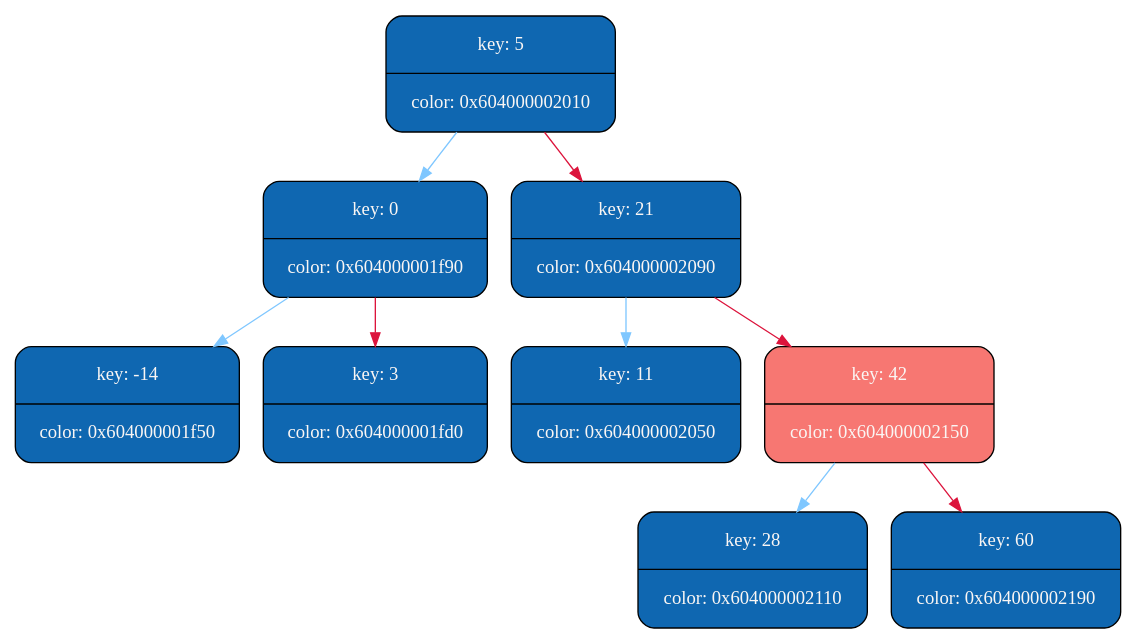
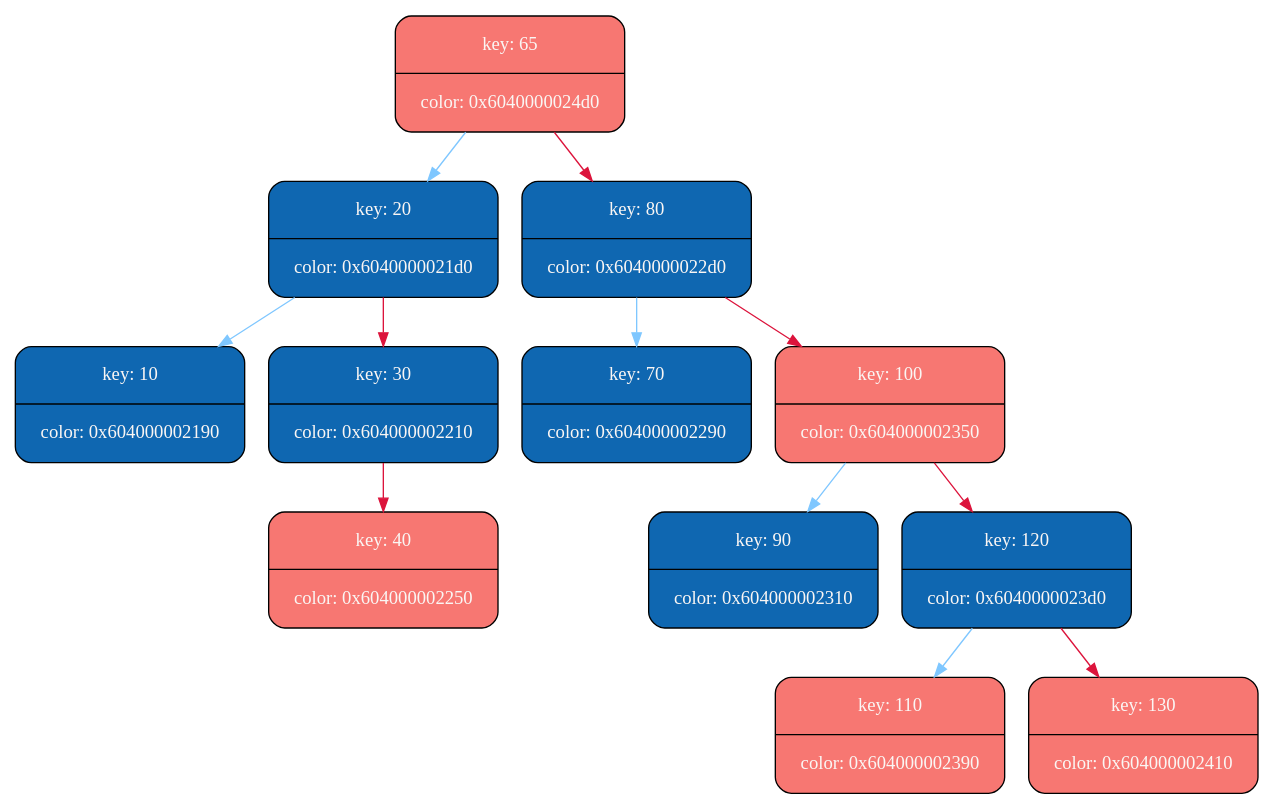
One commit to MaxGroshev/graph_algorithm changed the diagram in rb_tree/graph_lib/tree_dump.dot. Above: the diagram before and after it, drawn with Graphviz. The commit also changed 12 other files, not shown here.

```diff
--- a/rb_tree/graph_lib/tree_dump.dot
+++ b/rb_tree/graph_lib/tree_dump.dot
@@ -1,23 +1,29 @@
 digraph   
 {
 rankdir = ""
 splines = "true"
 
-node0x604000002010 [shape      = "Mrecord", width = 1.1, height = 1.21,  fillcolor   = "#0F67B1", style = "filled", fontcolor= " #FAF6F4", fontname = "Calibri", color = "0", label = "{key: 5| color: 0x604000002010}"]
-node0x604000002010 -> node0x604000001f90 [color = "#7FC7FF", style = "", constraint = true, fillcolor = "#7FC7FF",   fontcolor = "", fontname = "Calibri", label = ""];
-node0x604000001f90 [shape      = "Mrecord", width = 1.1, height = 1.21,  fillcolor   = "#0F67B1", style = "filled", fontcolor= " #FAF6F4", fontname = "Calibri", color = "0", label = "{key: 0| color: 0x604000001f90}"]
-node0x604000001f90 -> node0x604000001f50 [color = "#7FC7FF", style = "", constraint = true, fillcolor = "#7FC7FF",   fontcolor = "", fontname = "Calibri", label = ""];
-node0x604000001f50 [shape      = "Mrecord", width = 1.1, height = 1.21,  fillcolor   = "#0F67B1", style = "filled", fontcolor= " #FAF6F4", fontname = "Calibri", color = "0", label = "{key: -14| color: 0x604000001f50}"]
-node0x604000001f90 -> node0x604000001fd0 [color = "#DC143C", style = "", constraint = true, fillcolor = "#DC143C",   fontcolor = "", fontname = "Calibri", label = ""];
-node0x604000001fd0 [shape      = "Mrecord", width = 1.1, height = 1.21,  fillcolor   = "#0F67B1", style = "filled", fontcolor= " #FAF6F4", fontname = "Calibri", color = "0", label = "{key: 3| color: 0x604000001fd0}"]
-node0x604000002010 -> node0x604000002090 [color = "#DC143C", style = "", constraint = true, fillcolor = "#DC143C",   fontcolor = "", fontname = "Calibri", label = ""];
-node0x604000002090 [shape      = "Mrecord", width = 1.1, height = 1.21,  fillcolor   = "#0F67B1", style = "filled", fontcolor= " #FAF6F4", fontname = "Calibri", color = "0", label = "{key: 21| color: 0x604000002090}"]
-node0x604000002090 -> node0x604000002050 [color = "#7FC7FF", style = "", constraint = true, fillcolor = "#7FC7FF",   fontcolor = "", fontname = "Calibri", label = ""];
-node0x604000002050 [shape      = "Mrecord", width = 1.1, height = 1.21,  fillcolor   = "#0F67B1", style = "filled", fontcolor= " #FAF6F4", fontname = "Calibri", color = "0", label = "{key: 11| color: 0x604000002050}"]
-node0x604000002090 -> node0x604000002150 [color = "#DC143C", style = "", constraint = true, fillcolor = "#DC143C",   fontcolor = "", fontname = "Calibri", label = ""];
-node0x604000002150 [shape      = "Mrecord", width = 1.1, height = 1.21,  fillcolor   = "#F77772", style = "filled", fontcolor= " #FAF6F4", fontname = "Calibri", color = "1", label = "{key: 42| color: 0x604000002150}"]
-node0x604000002150 -> node0x604000002110 [color = "#7FC7FF", style = "", constraint = true, fillcolor = "#7FC7FF",   fontcolor = "", fontname = "Calibri", label = ""];
-node0x604000002110 [shape      = "Mrecord", width = 1.1, height = 1.21,  fillcolor   = "#0F67B1", style = "filled", fontcolor= " #FAF6F4", fontname = "Calibri", color = "0", label = "{key: 28| color: 0x604000002110}"]
-node0x604000002150 -> node0x604000002190 [color = "#DC143C", style = "", constraint = true, fillcolor = "#DC143C",   fontcolor = "", fontname = "Calibri", label = ""];
-node0x604000002190 [shape      = "Mrecord", width = 1.1, height = 1.21,  fillcolor   = "#0F67B1", style = "filled", fontcolor= " #FAF6F4", fontname = "Calibri", color = "0", label = "{key: 60| color: 0x604000002190}"]
+node0x6040000024d0 [shape      = "Mrecord", width = 1.1, height = 1.21,  fillcolor   = "#F77772", style = "filled", fontcolor= " #FAF6F4", fontname = "Calibri", color = "1", label = "{key: 65| color: 0x6040000024d0}"]
+node0x6040000024d0 -> node0x6040000021d0 [color = "#7FC7FF", style = "", constraint = true, fillcolor = "#7FC7FF",   fontcolor = "", fontname = "Calibri", label = ""];
+node0x6040000021d0 [shape      = "Mrecord", width = 1.1, height = 1.21,  fillcolor   = "#0F67B1", style = "filled", fontcolor= " #FAF6F4", fontname = "Calibri", color = "0", label = "{key: 20| color: 0x6040000021d0}"]
+node0x6040000021d0 -> node0x604000002190 [color = "#7FC7FF", style = "", constraint = true, fillcolor = "#7FC7FF",   fontcolor = "", fontname = "Calibri", label = ""];
+node0x604000002190 [shape      = "Mrecord", width = 1.1, height = 1.21,  fillcolor   = "#0F67B1", style = "filled", fontcolor= " #FAF6F4", fontname = "Calibri", color = "0", label = "{key: 10| color: 0x604000002190}"]
+node0x6040000021d0 -> node0x604000002210 [color = "#DC143C", style = "", constraint = true, fillcolor = "#DC143C",   fontcolor = "", fontname = "Calibri", label = ""];
+node0x604000002210 [shape      = "Mrecord", width = 1.1, height = 1.21,  fillcolor   = "#0F67B1", style = "filled", fontcolor= " #FAF6F4", fontname = "Calibri", color = "0", label = "{key: 30| color: 0x604000002210}"]
+node0x604000002210 -> node0x604000002250 [color = "#DC143C", style = "", constraint = true, fillcolor = "#DC143C",   fontcolor = "", fontname = "Calibri", label = ""];
+node0x604000002250 [shape      = "Mrecord", width = 1.1, height = 1.21,  fillcolor   = "#F77772", style = "filled", fontcolor= " #FAF6F4", fontname = "Calibri", color = "1", label = "{key: 40| color: 0x604000002250}"]
+node0x6040000024d0 -> node0x6040000022d0 [color = "#DC143C", style = "", constraint = true, fillcolor = "#DC143C",   fontcolor = "", fontname = "Calibri", label = ""];
+node0x6040000022d0 [shape      = "Mrecord", width = 1.1, height = 1.21,  fillcolor   = "#0F67B1", style = "filled", fontcolor= " #FAF6F4", fontname = "Calibri", color = "0", label = "{key: 80| color: 0x6040000022d0}"]
+node0x6040000022d0 -> node0x604000002290 [color = "#7FC7FF", style = "", constraint = true, fillcolor = "#7FC7FF",   fontcolor = "", fontname = "Calibri", label = ""];
+node0x604000002290 [shape      = "Mrecord", width = 1.1, height = 1.21,  fillcolor   = "#0F67B1", style = "filled", fontcolor= " #FAF6F4", fontname = "Calibri", color = "0", label = "{key: 70| color: 0x604000002290}"]
+node0x6040000022d0 -> node0x604000002350 [color = "#DC143C", style = "", constraint = true, fillcolor = "#DC143C",   fontcolor = "", fontname = "Calibri", label = ""];
+node0x604000002350 [shape      = "Mrecord", width = 1.1, height = 1.21,  fillcolor   = "#F77772", style = "filled", fontcolor= " #FAF6F4", fontname = "Calibri", color = "1", label = "{key: 100| color: 0x604000002350}"]
+node0x604000002350 -> node0x604000002310 [color = "#7FC7FF", style = "", constraint = true, fillcolor = "#7FC7FF",   fontcolor = "", fontname = "Calibri", label = ""];
+node0x604000002310 [shape      = "Mrecord", width = 1.1, height = 1.21,  fillcolor   = "#0F67B1", style = "filled", fontcolor= " #FAF6F4", fontname = "Calibri", color = "0", label = "{key: 90| color: 0x604000002310}"]
+node0x604000002350 -> node0x6040000023d0 [color = "#DC143C", style = "", constraint = true, fillcolor = "#DC143C",   fontcolor = "", fontname = "Calibri", label = ""];
+node0x6040000023d0 [shape      = "Mrecord", width = 1.1, height = 1.21,  fillcolor   = "#0F67B1", style = "filled", fontcolor= " #FAF6F4", fontname = "Calibri", color = "0", label = "{key: 120| color: 0x6040000023d0}"]
+node0x6040000023d0 -> node0x604000002390 [color = "#7FC7FF", style = "", constraint = true, fillcolor = "#7FC7FF",   fontcolor = "", fontname = "Calibri", label = ""];
+node0x604000002390 [shape      = "Mrecord", width = 1.1, height = 1.21,  fillcolor   = "#F77772", style = "filled", fontcolor= " #FAF6F4", fontname = "Calibri", color = "1", label = "{key: 110| color: 0x604000002390}"]
+node0x6040000023d0 -> node0x604000002410 [color = "#DC143C", style = "", constraint = true, fillcolor = "#DC143C",   fontcolor = "", fontname = "Calibri", label = ""];
+node0x604000002410 [shape      = "Mrecord", width = 1.1, height = 1.21,  fillcolor   = "#F77772", style = "filled", fontcolor= " #FAF6F4", fontname = "Calibri", color = "1", label = "{key: 130| color: 0x604000002410}"]
 }
```
